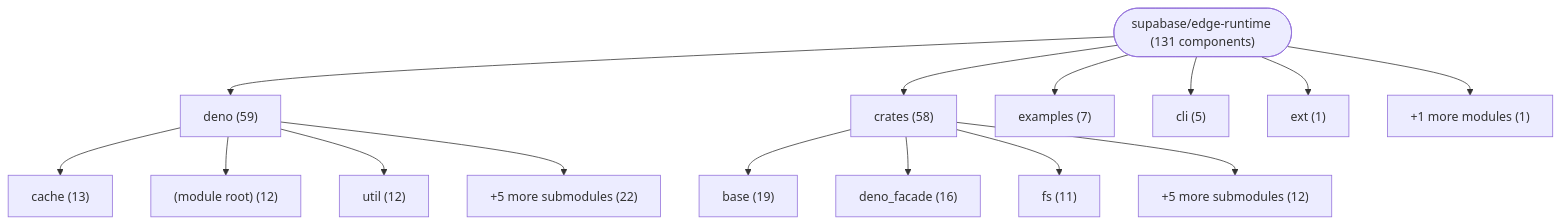
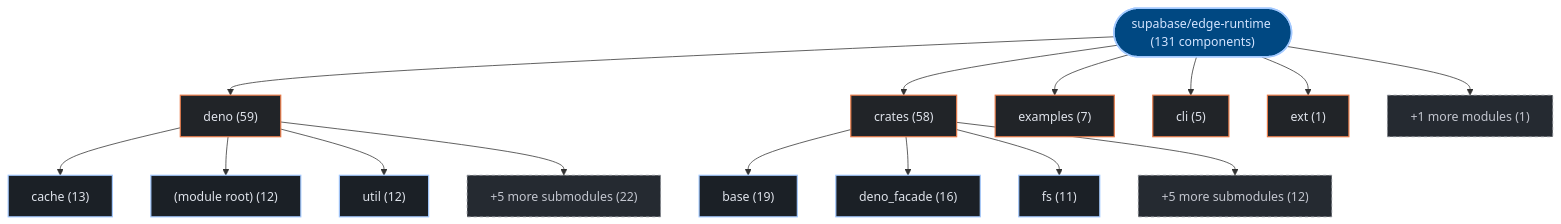
One commit to kumarshaz/atruss-code-atlas changed the first of 3 diagrams in exports/latest/reports/supabase-edge-runtime-report.md. Above: the diagram before and after it, drawn with Mermaid. The commit also changed other lines of this file and 331 other files, not shown here.

Commit message:
docs,ui,fix: update SDLC docs, reorder CI/CD DAG first, stylize Mermaid, and fix Arc42 pipeline topology

````diff
--- a/exports/latest/reports/supabase-edge-runtime-report.md
+++ b/exports/latest/reports/supabase-edge-runtime-report.md
@@ -42,32 +42,39 @@
 ```mermaid
 graph TD;
-    repo_root(["supabase/edge-runtime (131 components)"])
-    dir_0_deno["deno (59)"]
+  classDef atlasRoot fill:#004882,stroke:#a3c9ff,stroke-width:2px,color:#d3e4ff
+  classDef atlasCategory fill:#212428,stroke:#E87A48,stroke-width:1.5px,color:#dfe3eb
+  classDef atlasWorkflow fill:#1b2026,stroke:#a3c9ff,stroke-width:1.5px,color:#dfe3eb
+  classDef atlasJob fill:#171c22,stroke:#8d9199,stroke-width:1px,color:#dfe3eb
+  classDef atlasTarget fill:#005227,stroke:#8bd99b,stroke-width:1.5px,color:#a7f6b6
+  classDef atlasAlert fill:#93000a,stroke:#ffb4ab,stroke-width:1.5px,color:#ffdad6
+  classDef atlasMore fill:#252a31,stroke:#8d9199,stroke-dasharray:4 4,color:#c3c6cf
+    repo_root(["supabase/edge-runtime (131 components)"]):::atlasRoot
+    dir_0_deno["deno (59)"]:::atlasCategory
     repo_root --> dir_0_deno
-    sub_0_0_cache["cache (13)"]
+    sub_0_0_cache["cache (13)"]:::atlasWorkflow
     dir_0_deno --> sub_0_0_cache
-    sub_0_1__module_root_["(module root) (12)"]
+    sub_0_1__module_root_["(module root) (12)"]:::atlasWorkflow
     dir_0_deno --> sub_0_1__module_root_
-    sub_0_2_util["util (12)"]
+    sub_0_2_util["util (12)"]:::atlasWorkflow
     dir_0_deno --> sub_0_2_util
-    sub_0_more["+5 more submodules (22)"]
+    sub_0_more["+5 more submodules (22)"]:::atlasMore
     dir_0_deno --> sub_0_more
-    dir_1_crates["crates (58)"]
+    dir_1_crates["crates (58)"]:::atlasCategory
     repo_root --> dir_1_crates
-    sub_1_0_base["base (19)"]
+    sub_1_0_base["base (19)"]:::atlasWorkflow
     dir_1_crates --> sub_1_0_base
-    sub_1_1_deno_facade["deno_facade (16)"]
+    sub_1_1_deno_facade["deno_facade (16)"]:::atlasWorkflow
     dir_1_crates --> sub_1_1_deno_facade
-    sub_1_2_fs["fs (11)"]
+    sub_1_2_fs["fs (11)"]:::atlasWorkflow
     dir_1_crates --> sub_1_2_fs
-    sub_1_more["+5 more submodules (12)"]
+    sub_1_more["+5 more submodules (12)"]:::atlasMore
     dir_1_crates --> sub_1_more
-    dir_2_examples["examples (7)"]
+    dir_2_examples["examples (7)"]:::atlasCategory
     repo_root --> dir_2_examples
-    dir_3_cli["cli (5)"]
+    dir_3_cli["cli (5)"]:::atlasCategory
     repo_root --> dir_3_cli
-    dir_4_ext["ext (1)"]
+    dir_4_ext["ext (1)"]:::atlasCategory
     repo_root --> dir_4_ext
-    dir_other_modules["+1 more modules (1)"]
+    dir_other_modules["+1 more modules (1)"]:::atlasMore
     repo_root --> dir_other_modules
 ```
````
